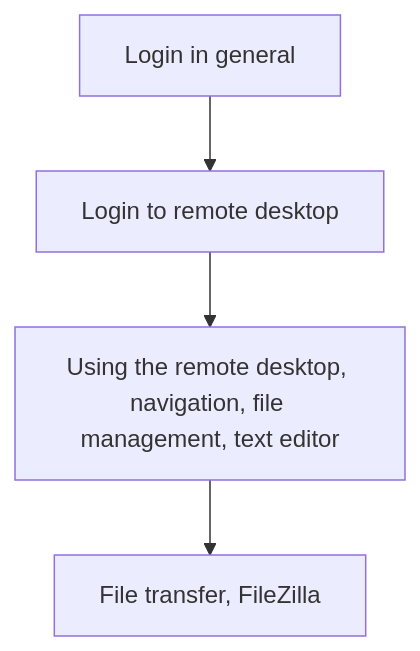
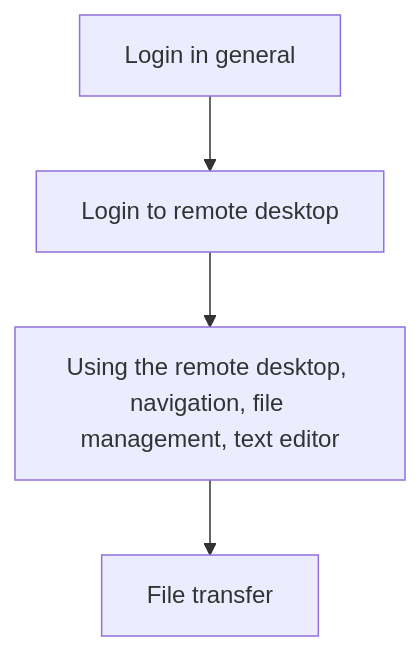
The diagram in docs/sessions/introduction_visual.md (UPPMAX/uppmax_intro_day_1), drawn with Mermaid before and after one commit. The commit also changed other lines of this file and 2 other files, not shown here.

Commit message:
Call the session 'File transfer'

````diff
--- a/docs/sessions/introduction_visual.md
+++ b/docs/sessions/introduction_visual.md
@@ -24,14 +24,14 @@
 ```mermaid
 flowchart TD
   classDef maybe_not_node stroke-dasharray: 5 5
 
   login[Login in general]
   login_remote_desktop[Login to remote desktop]
   use_remote_desktop[Using the remote desktop, navigation, file management, text editor]
-  file_transfer_filezilla[File transfer, FileZilla]
+  file_transfer_filezilla[File transfer]
 
   %% GUI
   login --> login_remote_desktop
   login_remote_desktop --> use_remote_desktop
   use_remote_desktop --> file_transfer_filezilla
 ```
````
